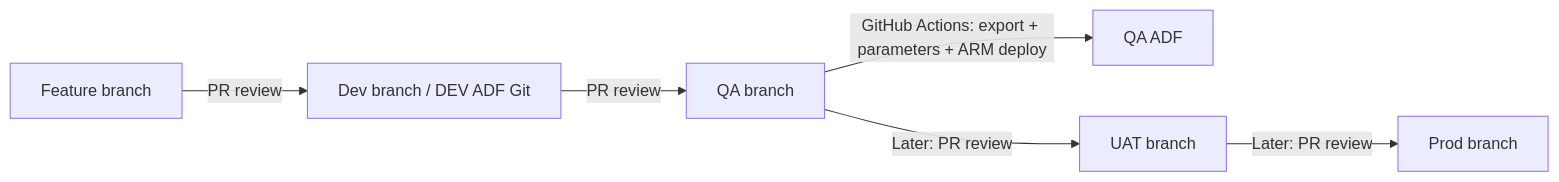
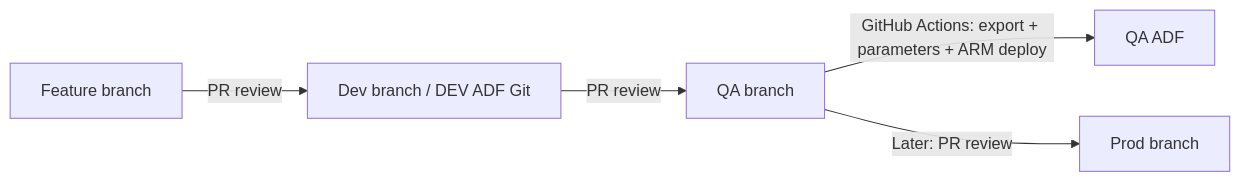
One commit to jignaciogomez/PoC_CGPC changed the diagram in docs/ADF_PROMOTION_GUIDE.md. Above: the diagram before and after it, drawn with Mermaid. The commit also changed other lines of this file and 6 other files, not shown here.

````diff
--- a/docs/ADF_PROMOTION_GUIDE.md
+++ b/docs/ADF_PROMOTION_GUIDE.md
@@ -9,8 +9,7 @@
 ```mermaid
 flowchart LR
     F[Feature branch] -->|PR review| D[Dev branch / DEV ADF Git]
     D -->|PR review| Q[QA branch]
     Q -->|GitHub Actions: export + parameters + ARM deploy| A[QA ADF]
-    Q -->|Later: PR review| U[UAT branch]
-    U -->|Later: PR review| P[Prod branch]
+    Q -->|Later: PR review| P[Prod branch]
 ```
````
